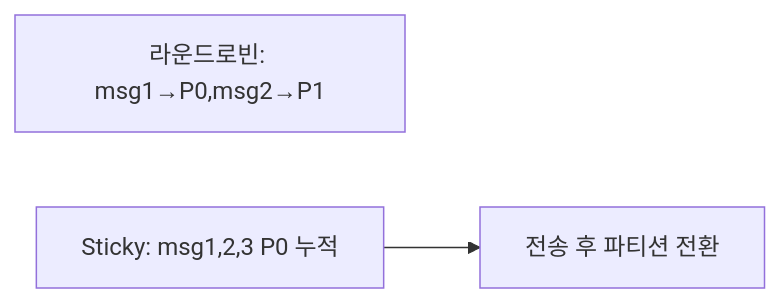
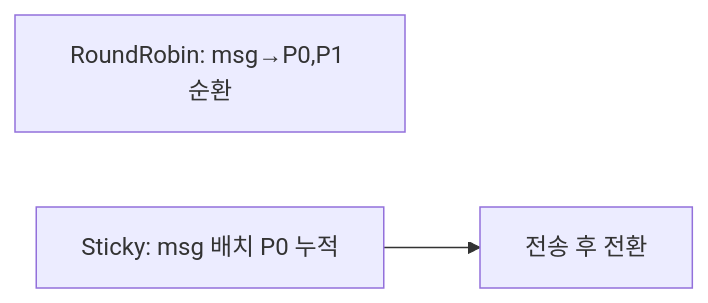
Before and after one commit to yjkim2015/yjkim2015.github.io: the fourth of 21 diagrams in _posts/kafka/2026-05-01-kafka-internals.md, drawn with Mermaid. The commit also changed 163 other files, not shown here.

First line of the commit message:
Mermaid 300개 블록 내용 축소: 5노드 5엣지 이하, 의미 있는 약어

````diff
--- a/_posts/kafka/2026-05-01-kafka-internals.md
+++ b/_posts/kafka/2026-05-01-kafka-internals.md
@@ -105,5 +105,5 @@
 ```mermaid
 graph LR
-    RR["라운드로빈: msg1→P0,msg2→P1"]
-    ST1["Sticky: msg1,2,3 P0 누적"] --> ST2["전송 후 파티션 전환"]
+    RR["RoundRobin: msg→P0,P1 순환"]
+    ST["Sticky: msg 배치 P0 누적"] --> SW["전송 후 전환"]
 ```
````
